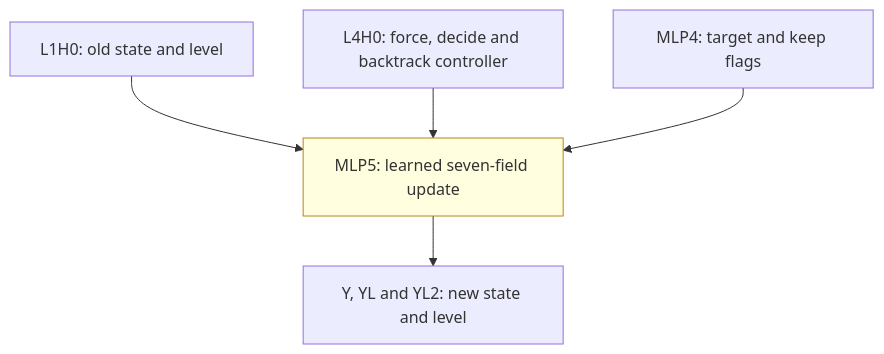
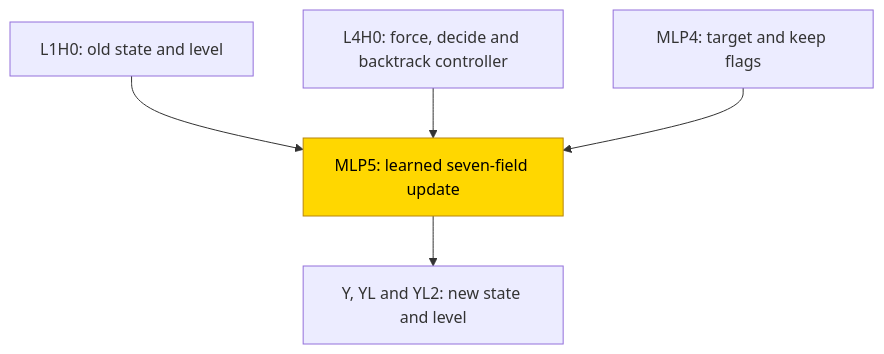
Before and after one commit to jc1122/mechanistic-interpretability-circuit-atlas: the second of 2 diagrams in entries/dpll-search.md, drawn with Mermaid. The commit also changed other lines of this file and 40 other files, not shown here.

First line of the commit message:
Cold-reader pass on all 41 entries: reading routes, first-screen scopes, accessible diagrams, verified headline sources (ux_reader1/2)

````diff
--- a/entries/dpll-search.md
+++ b/entries/dpll-search.md
@@ -131,9 +137,11 @@
 ```mermaid
 flowchart TD
+    accTitle: Verified local decision update inside frozen DPLL search
+    accDescr: Frozen old-state retrieval, force-decide-backtrack control and equality or keep flags feed the sole trained update MLP. It writes the next state and level. Substitution and complement resampling verify this local update on the stated traces, not a wholly learned search algorithm.
   A["L1H0: old state and level"] --> D["MLP5: learned seven-field update"]
   B["L4H0: force, decide and backtrack controller"] --> D
   C["MLP4: target and keep flags"] --> D
   D --> E["Y, YL and YL2: new state and level"]
-  classDef trained fill:lightyellow,stroke:darkgoldenrod
+  classDef trained fill:gold,stroke:darkgoldenrod,color:black
   class D trained
 ```
````
